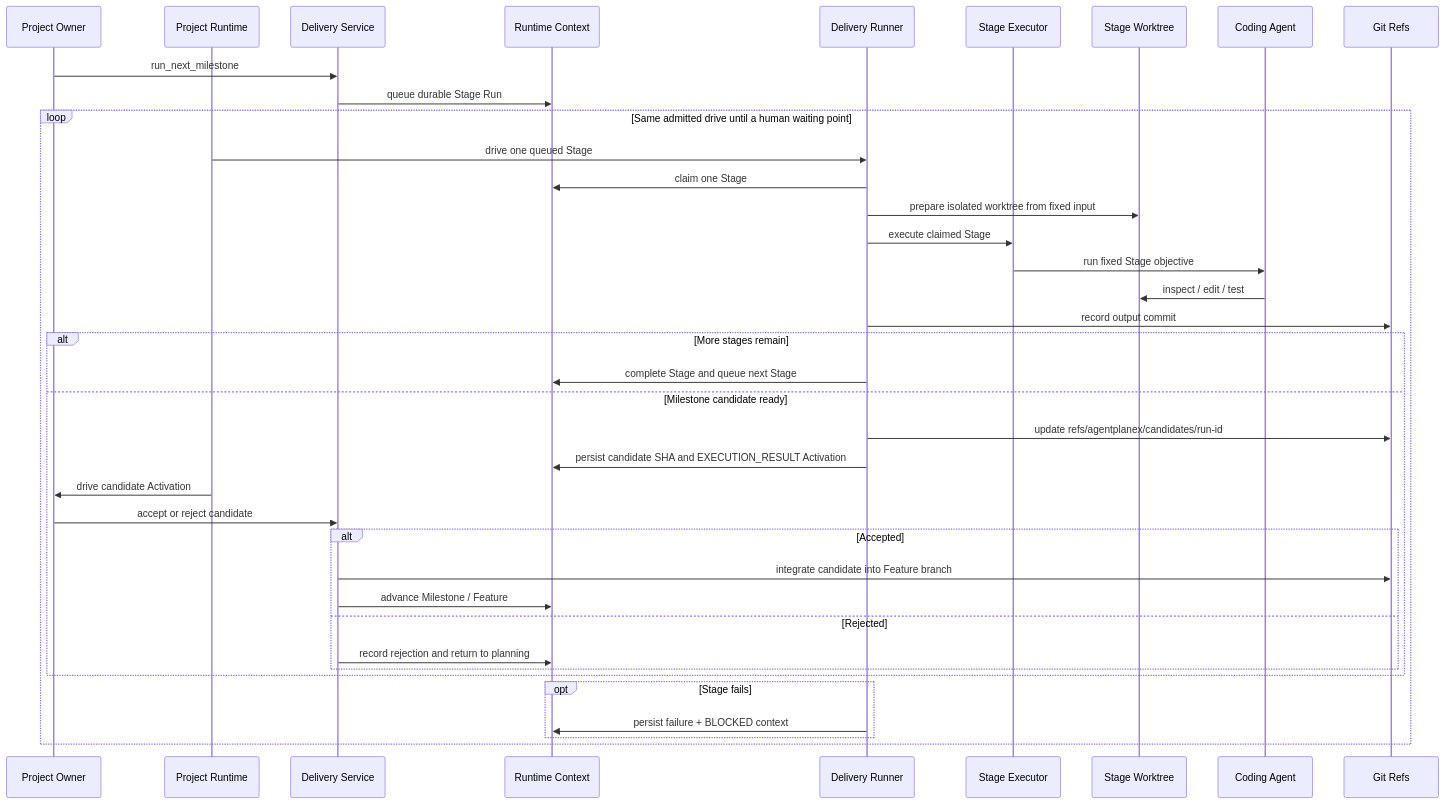
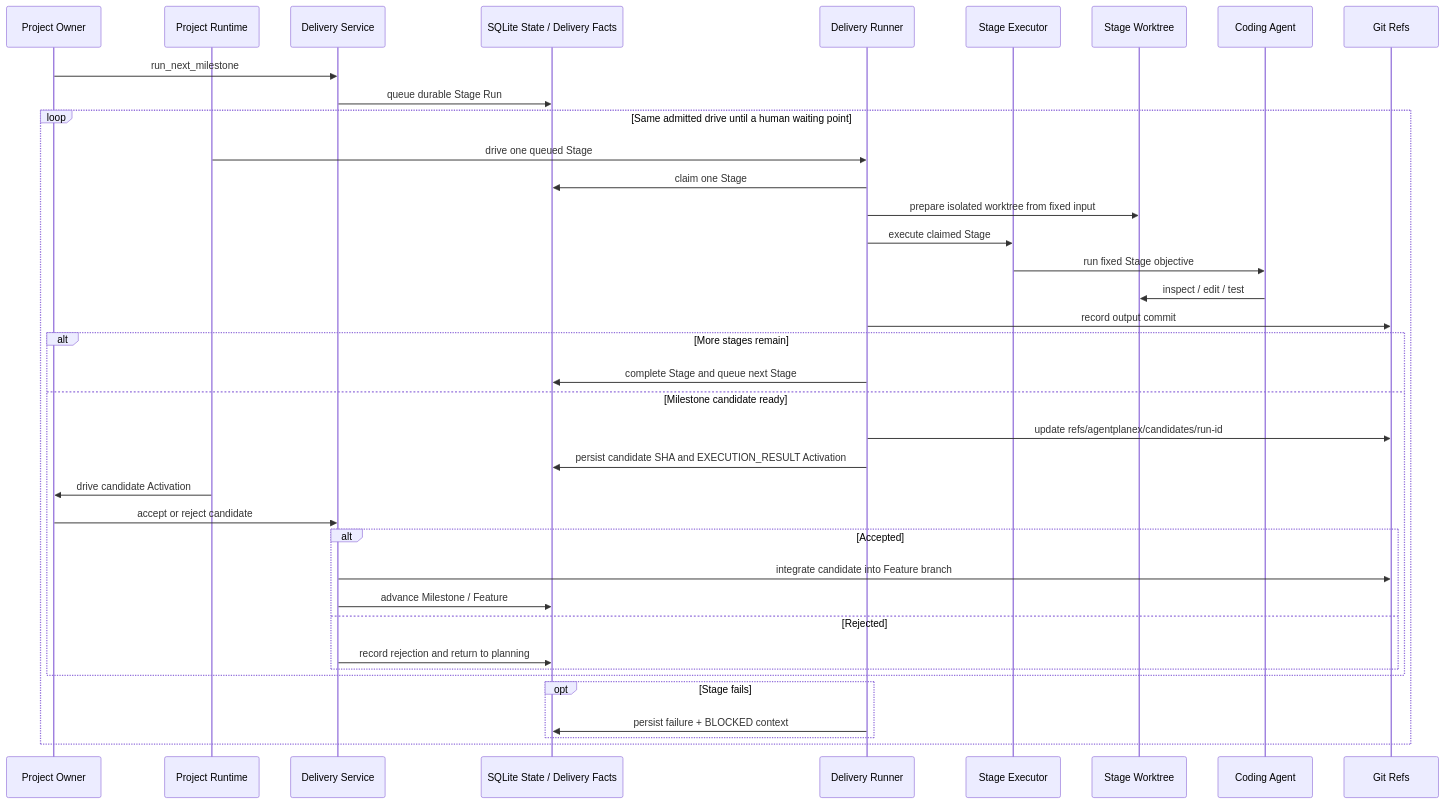
Before and after one commit to aowo-1345/AgentPanelX: the sixth of 10 diagrams in docs/architecture.md, drawn with Mermaid. The commit also changed other lines of this file and 30 other files, not shown here.

Commit message:
refactor: complete project runtime context migration

````diff
--- a/docs/architecture.md
+++ b/docs/architecture.md
@@ -331,41 +332,41 @@
 ```mermaid
 sequenceDiagram
     participant Owner as Project Owner
     participant Runtime as Project Runtime
     participant Delivery as Delivery Service
-    participant DB as Runtime Context
+    participant DB as SQLite State / Delivery Facts
     participant Runner as Delivery Runner
     participant Stage as Stage Executor
     participant WT as Stage Worktree
     participant Agent as Coding Agent
     participant Git as Git Refs
 
     Owner->>Delivery: run_next_milestone
     Delivery->>DB: queue durable Stage Run
     loop Same admitted drive until a human waiting point
         Runtime->>Runner: drive one queued Stage
         Runner->>DB: claim one Stage
         Runner->>WT: prepare isolated worktree from fixed input
         Runner->>Stage: execute claimed Stage
         Stage->>Agent: run fixed Stage objective
         Agent->>WT: inspect / edit / test
         Runner->>Git: record output commit
         alt More stages remain
             Runner->>DB: complete Stage and queue next Stage
         else Milestone candidate ready
             Runner->>Git: update refs/agentplanex/candidates/run-id
             Runner->>DB: persist candidate SHA and EXECUTION_RESULT Activation
             Runtime->>Owner: drive candidate Activation
             Owner->>Delivery: accept or reject candidate
             alt Accepted
                 Delivery->>Git: integrate candidate into Feature branch
                 Delivery->>DB: advance Milestone / Feature
             else Rejected
                 Delivery->>DB: record rejection and return to planning
             end
         end
         opt Stage fails
             Runner->>DB: persist failure + BLOCKED context
         end
     end
 ```
````
